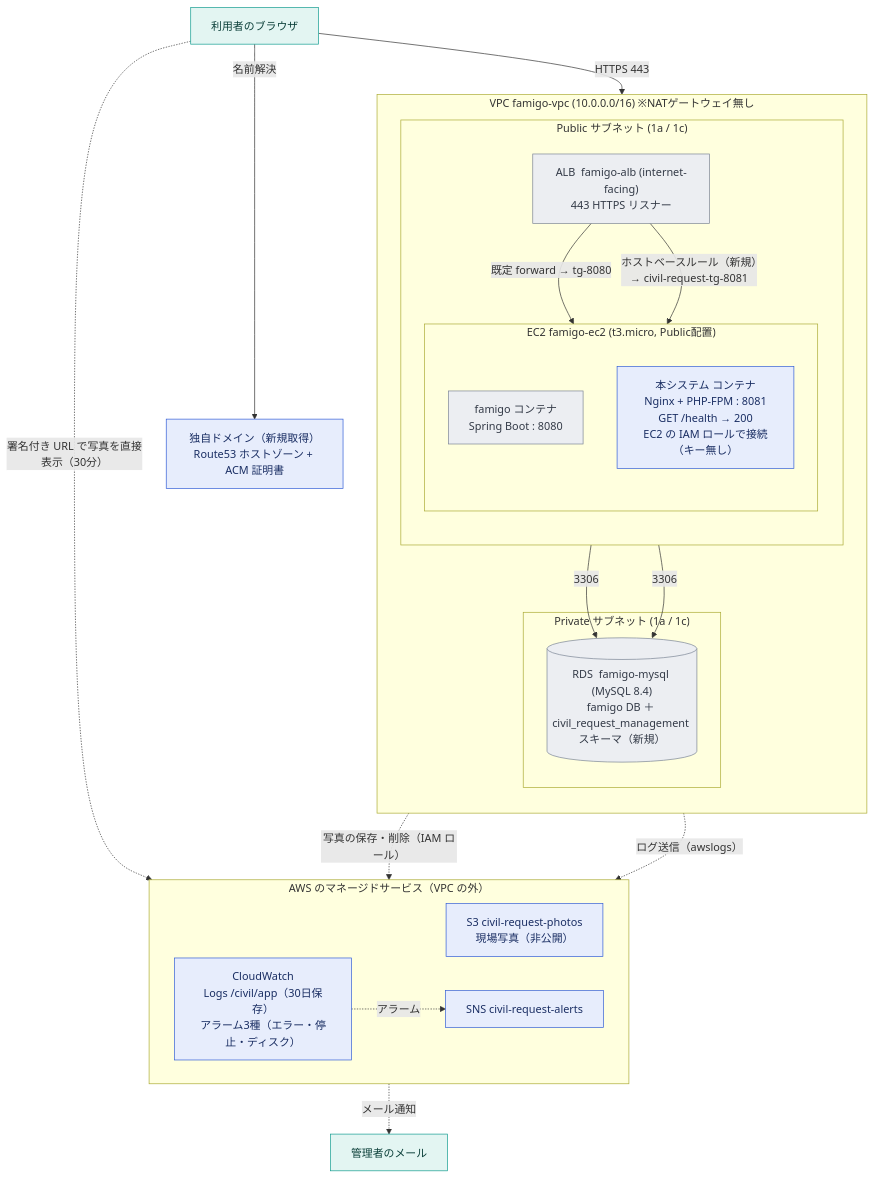
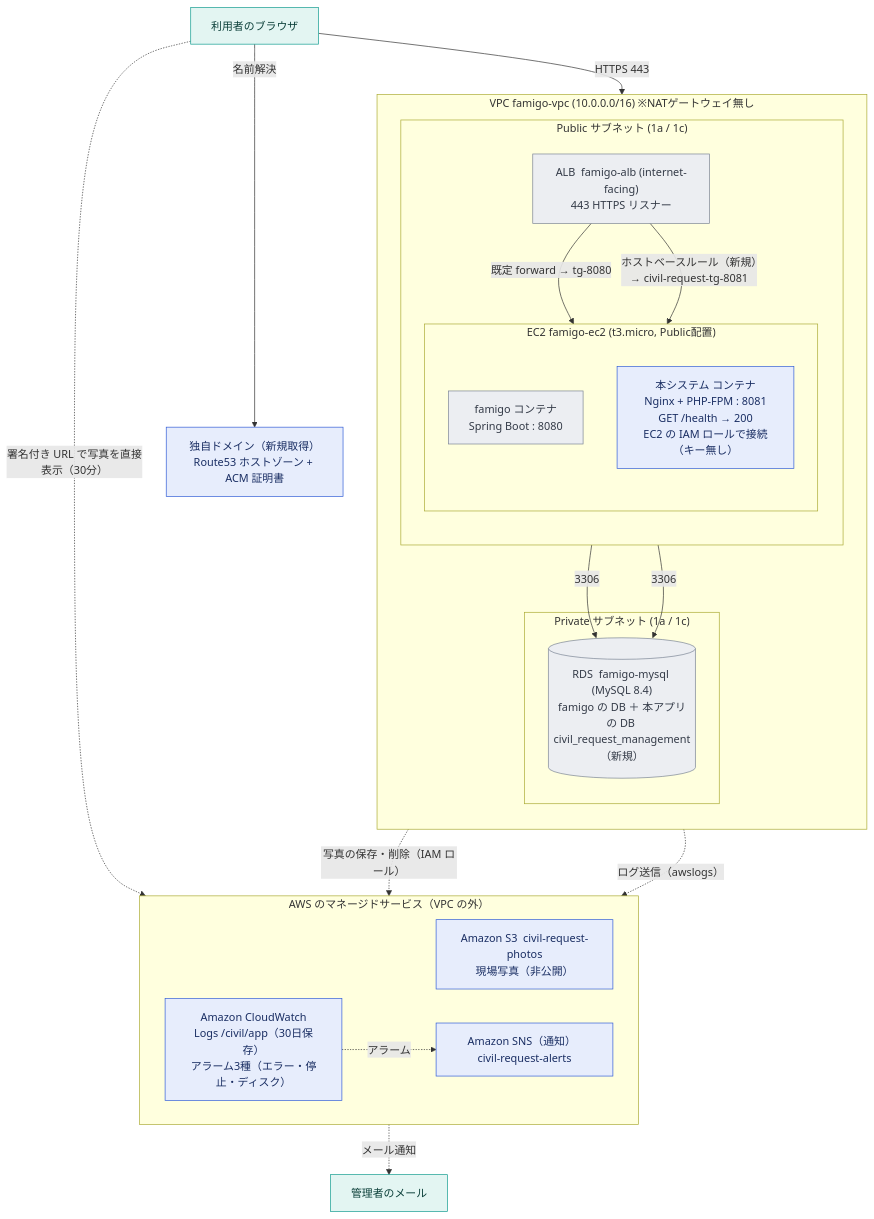
One commit to tomo-taka108/Civil-Request-Management changed the diagram in docs/infrastructure-design.md. Above: the diagram before and after it, drawn with Mermaid. The commit also changed 2 other files, not shown here.

Commit message:
docs: README の表現を分かりやすくし、冗長な節を削る
「専用スキーマ」を「本アプリ専用のデータベース」と言い換え、構成図の SNS などに
サービス名を補った。ECS を使わない理由を、Fargate と ECS on EC2 に分けて書き直した。
制作背景の「実務知見を反映した設計」「開発プロセスとして重視したこと」は削除した。

Refs #132

````diff
--- a/docs/infrastructure-design.md
+++ b/docs/infrastructure-design.md
@@ -30,45 +30,45 @@
 ```mermaid
 flowchart TB
     user["利用者のブラウザ"]:::net
     dns["独自ドメイン（新規取得）<br/>Route53 ホストゾーン + ACM 証明書"]:::new
 
     subgraph vpc["VPC  famigo-vpc  (10.0.0.0/16)  ※NATゲートウェイ無し"]
       direction TB
       subgraph pub["Public サブネット (1a / 1c)"]
         direction TB
         alb["ALB  famigo-alb (internet-facing)<br/>443 HTTPS リスナー"]:::exist
         subgraph ec2["EC2  famigo-ec2  (t3.micro, Public配置)"]
           direction TB
           cFamigo["famigo コンテナ<br/>Spring Boot : 8080"]:::exist
           cCivil["本システム コンテナ<br/>Nginx + PHP-FPM : 8081<br/>GET /health → 200<br/>EC2 の IAM ロールで接続（キー無し）"]:::new
         end
       end
       subgraph prv["Private サブネット (1a / 1c)"]
-        rds[("RDS  famigo-mysql (MySQL 8.4)<br/>famigo DB ＋ civil_request_management スキーマ（新規）")]:::exist
+        rds[("RDS  famigo-mysql (MySQL 8.4)<br/>famigo の DB ＋ 本アプリの DB civil_request_management（新規）")]:::exist
       end
     end
 
     subgraph managed["AWS のマネージドサービス（VPC の外）"]
       direction LR
-      s3["S3  civil-request-photos<br/>現場写真（非公開）"]:::new
-      cw["CloudWatch<br/>Logs /civil/app（30日保存）<br/>アラーム3種（エラー・停止・ディスク）"]:::new
-      sns["SNS  civil-request-alerts"]:::new
+      s3["Amazon S3  civil-request-photos<br/>現場写真（非公開）"]:::new
+      cw["Amazon CloudWatch<br/>Logs /civil/app（30日保存）<br/>アラーム3種（エラー・停止・ディスク）"]:::new
+      sns["Amazon SNS（通知）  civil-request-alerts"]:::new
     end
     mail["管理者のメール"]:::net
 
     user -->|"名前解決"| dns
     user -->|"HTTPS 443"| alb
     alb -->|"既定 forward → tg-8080"| cFamigo
     alb -->|"ホストベースルール（新規）→ civil-request-tg-8081"| cCivil
     cFamigo -->|"3306"| rds
     cCivil -->|"3306"| rds
     cCivil -.->|"写真の保存・削除（IAM ロール）"| s3
     user -.->|"署名付き URL で写真を直接表示（30分）"| s3
     cCivil -.->|"ログ送信（awslogs）"| cw
     cw -.->|"アラーム"| sns
     sns -.->|"メール通知"| mail
 
     classDef net fill:#e3f5f2,stroke:#0f9b8e,color:#0b3f39;
     classDef exist fill:#eceef2,stroke:#7a8394,color:#333a47;
     classDef new fill:#e7edfc,stroke:#2f5bd6,color:#1a2e63;
 ```
````
